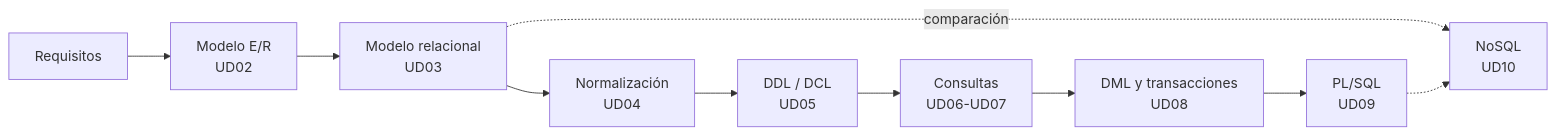
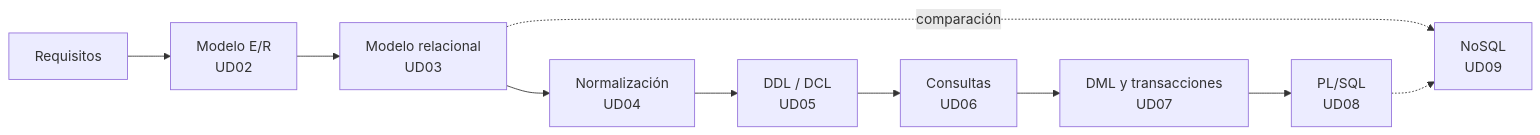
The diagram in content.es/_index.md (LorenaLResusta/BBDD), drawn with Mermaid before and after one commit. The commit also changed other lines of this file and 317 other files, not shown here.

First line of the commit message:
Renumeración a 9 unidades: fusiona las consultas en UD06 (40 h) y renumera DML, PL/SQL y NoSQL como UD07-UD09

````diff
--- a/content.es/_index.md
+++ b/content.es/_index.md
@@ -25,12 +25,12 @@
 ```mermaid
 flowchart LR
     A[Requisitos] --> B[Modelo E/R<br/>UD02]
     B --> C[Modelo relacional<br/>UD03]
     C --> D[Normalización<br/>UD04]
     D --> E[DDL / DCL<br/>UD05]
-    E --> F[Consultas<br/>UD06-UD07]
-    F --> G[DML y transacciones<br/>UD08]
-    G --> H[PL/SQL<br/>UD09]
-    C -.comparación.-> I[NoSQL<br/>UD10]
+    E --> F[Consultas<br/>UD06]
+    F --> G[DML y transacciones<br/>UD07]
+    G --> H[PL/SQL<br/>UD08]
+    C -.comparación.-> I[NoSQL<br/>UD09]
     H -.-> I
 ```
````
